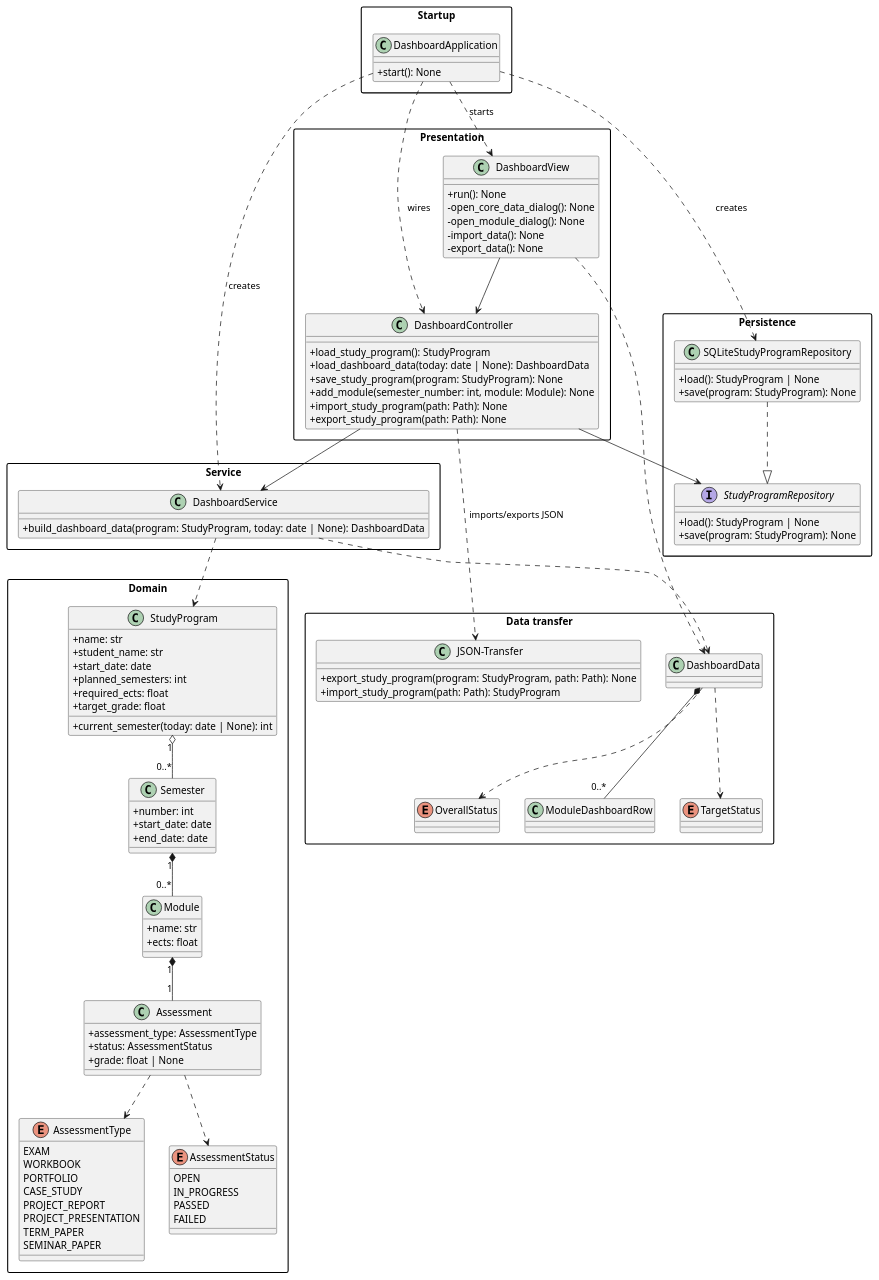
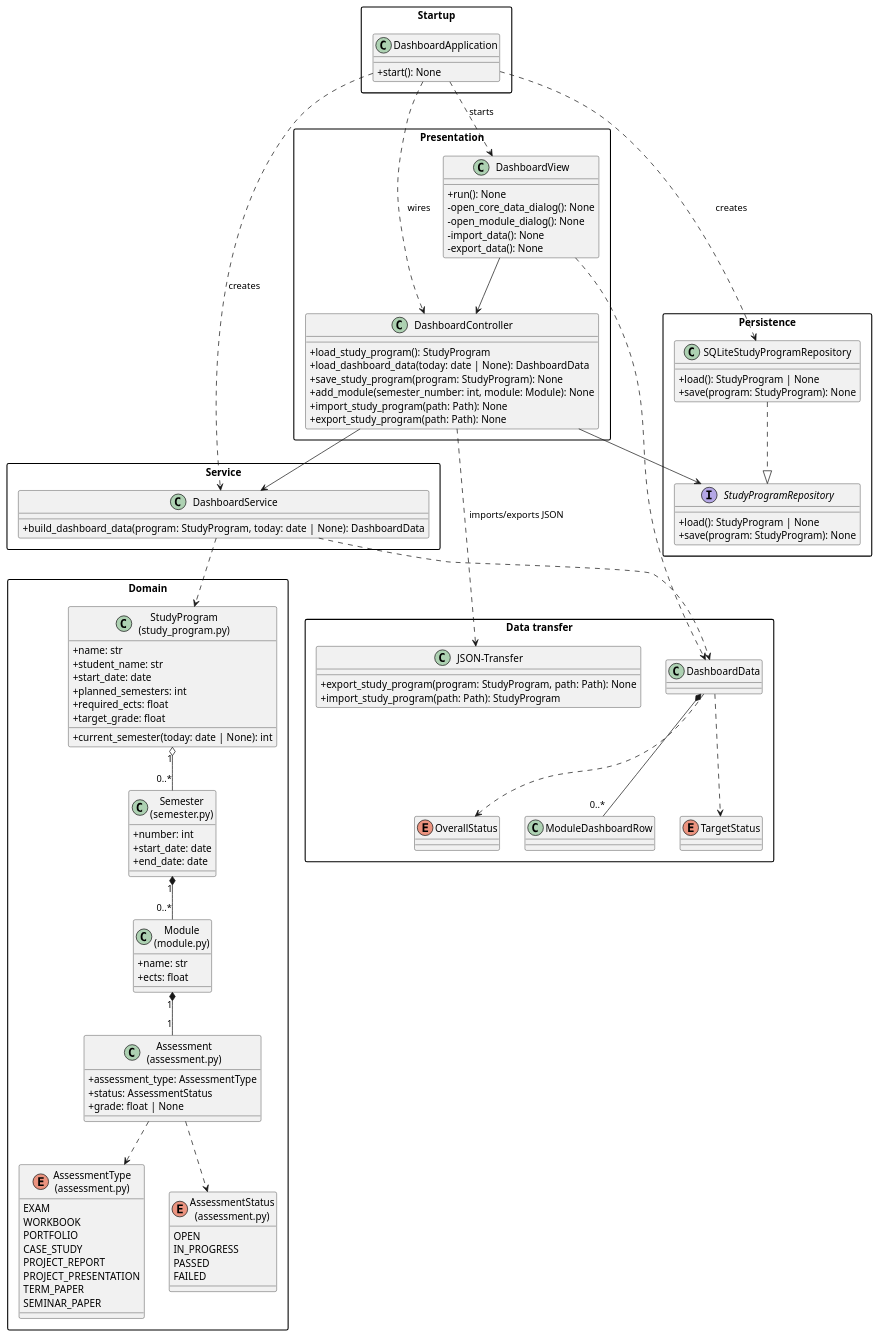
The diagram in Dashboard/docs/architecture.puml (mariusburkhardt/Dashboard), drawn with PlantUML before and after one commit. The commit also changed 18 other files, not shown here.

```diff
--- a/Dashboard/docs/architecture.puml
+++ b/Dashboard/docs/architecture.puml
@@ -1,129 +1,129 @@
 @startuml
 skinparam packageStyle rectangle
 skinparam classAttributeIconSize 0
 
 package "Domain" {
-    class StudyProgram {
+    class "StudyProgram\n(study_program.py)" as StudyProgram {
         +name: str
         +student_name: str
         +start_date: date
         +planned_semesters: int
         +required_ects: float
         +target_grade: float
         +current_semester(today: date | None): int
     }
 
-    class Semester {
+    class "Semester\n(semester.py)" as Semester {
         +number: int
         +start_date: date
         +end_date: date
     }
 
-    class Module {
+    class "Module\n(module.py)" as Module {
         +name: str
         +ects: float
     }
 
-    class Assessment {
+    class "Assessment\n(assessment.py)" as Assessment {
         +assessment_type: AssessmentType
         +status: AssessmentStatus
         +grade: float | None
     }
 
-    enum AssessmentType {
+    enum "AssessmentType\n(assessment.py)" as AssessmentType {
         EXAM
         WORKBOOK
         PORTFOLIO
         CASE_STUDY
         PROJECT_REPORT
         PROJECT_PRESENTATION
         TERM_PAPER
         SEMINAR_PAPER
     }
 
-    enum AssessmentStatus {
+    enum "AssessmentStatus\n(assessment.py)" as AssessmentStatus {
         OPEN
         IN_PROGRESS
         PASSED
         FAILED
     }
 }
 
 package "Service" {
     class DashboardService {
         +build_dashboard_data(program: StudyProgram, today: date | None): DashboardData
     }
 }
 
 package "Data transfer" {
     class DashboardData
     class ModuleDashboardRow
     enum TargetStatus
     enum OverallStatus
     DashboardData *-- "0..*" ModuleDashboardRow
     DashboardData ..> TargetStatus
     DashboardData ..> OverallStatus
 }
 
 package "Persistence" {
     interface StudyProgramRepository {
         +load(): StudyProgram | None
         +save(program: StudyProgram): None
     }
 
     class SQLiteStudyProgramRepository {
         +load(): StudyProgram | None
         +save(program: StudyProgram): None
     }
 }
 
 package "Data transfer" {
     class "JSON-Transfer" as JsonTransfer {
         +export_study_program(program: StudyProgram, path: Path): None
         +import_study_program(path: Path): StudyProgram
     }
 }
 
 package "Presentation" {
     class DashboardController {
         +load_study_program(): StudyProgram
         +load_dashboard_data(today: date | None): DashboardData
         +save_study_program(program: StudyProgram): None
         +add_module(semester_number: int, module: Module): None
         +import_study_program(path: Path): None
         +export_study_program(path: Path): None
     }
 
     class DashboardView {
         +run(): None
         -open_core_data_dialog(): None
         -open_module_dialog(): None
         -import_data(): None
         -export_data(): None
     }
 }
 
 package "Startup" {
     class DashboardApplication {
         +start(): None
     }
 }
 
 StudyProgram "1" o-- "0..*" Semester
 Semester "1" *-- "0..*" Module
 Module "1" *-- "1" Assessment
 Assessment ..> AssessmentType
 Assessment ..> AssessmentStatus
 SQLiteStudyProgramRepository ..|> StudyProgramRepository
 DashboardService ..> StudyProgram
 DashboardService ..> DashboardData
 DashboardController --> DashboardService
 DashboardController --> StudyProgramRepository
 DashboardView --> DashboardController
 DashboardView ..> DashboardData
 DashboardController ..> JsonTransfer : imports/exports JSON
 DashboardApplication ..> SQLiteStudyProgramRepository : creates
 DashboardApplication ..> DashboardService : creates
 DashboardApplication ..> DashboardController : wires
 DashboardApplication ..> DashboardView : starts
 @enduml
```
